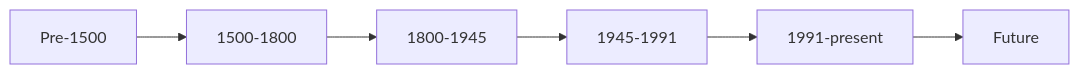
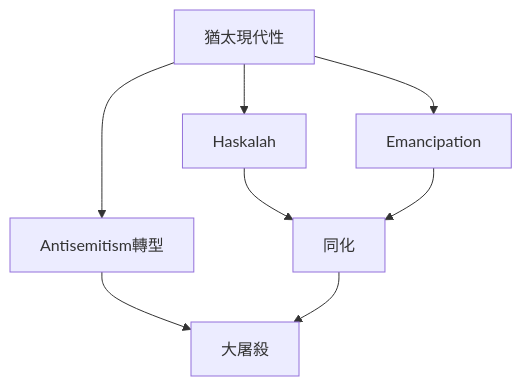
The sixth of 10 diagrams in 02_Harvard_Courses/Fall_Courses/Hist39_Jews_in_the_Modern_World.md (yip-lgtm/HKU-Harvard-History-Self-Study), drawn with Mermaid before and after one commit. The commit also changed other lines of this file and 65 other files, not shown here.

````diff
--- a/02_Harvard_Courses/Fall_Courses/Hist39_Jews_in_the_Modern_World.md
+++ b/02_Harvard_Courses/Fall_Courses/Hist39_Jews_in_the_Modern_World.md
@@ -372,8 +225,10 @@
 ```mermaid
-graph LR
-    A[Pre-1500] --> B[1500-1800]
-    B --> C[1800-1945]
-    C --> D[1945-1991]
-    D --> E[1991-present]
-    E --> F[Future]
+graph TD
+    A[猶太現代性] --> B[Haskalah]
+    A --> C[Emancipation]
+    A --> D[Antisemitism轉型]
+    B --> E[同化]
+    C --> E
+    D --> F[大屠殺]
+    E --> F
 ```
````
